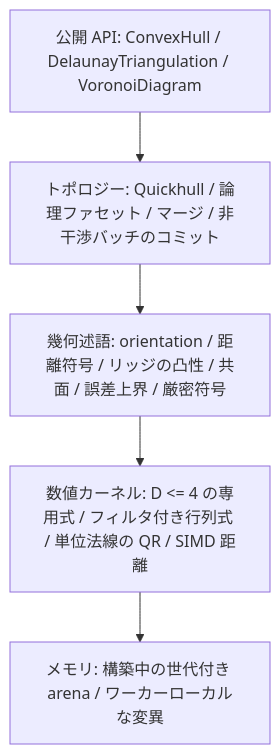
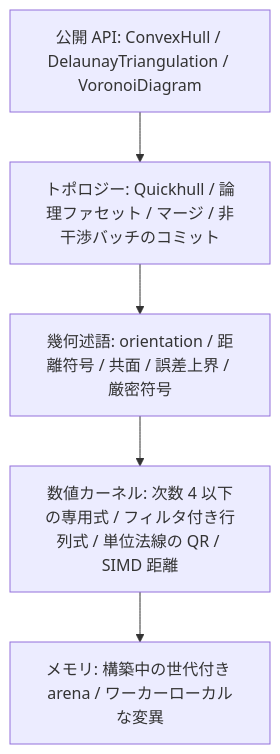
The first of 2 diagrams in .dev/convx-design.md (YUKIKEDA/convx), drawn with Mermaid before and after one commit. The commit also changed other lines of this file and 2 other files, not shown here.

````diff
--- a/.dev/convx-design.md
+++ b/.dev/convx-design.md
@@ -33,9 +33,9 @@
 ```mermaid
 flowchart TD
     api["公開 API: ConvexHull / DelaunayTriangulation / VoronoiDiagram"]
     topo["トポロジー: Quickhull / 論理ファセット / マージ / 非干渉バッチのコミット"]
-    pred["幾何述語: orientation / 距離符号 / リッジの凸性 / 共面 / 誤差上界 / 厳密符号"]
-    num["数値カーネル: D <= 4 の専用式 / フィルタ付き行列式 / 単位法線の QR / SIMD 距離"]
+    pred["幾何述語: orientation / 距離符号 / 共面 / 誤差上界 / 厳密符号"]
+    num["数値カーネル: 次数 4 以下の専用式 / フィルタ付き行列式 / 単位法線の QR / SIMD 距離"]
     mem["メモリ: 構築中の世代付き arena / ワーカーローカルな変異"]
     api --> topo --> pred --> num --> mem
 ```
````
